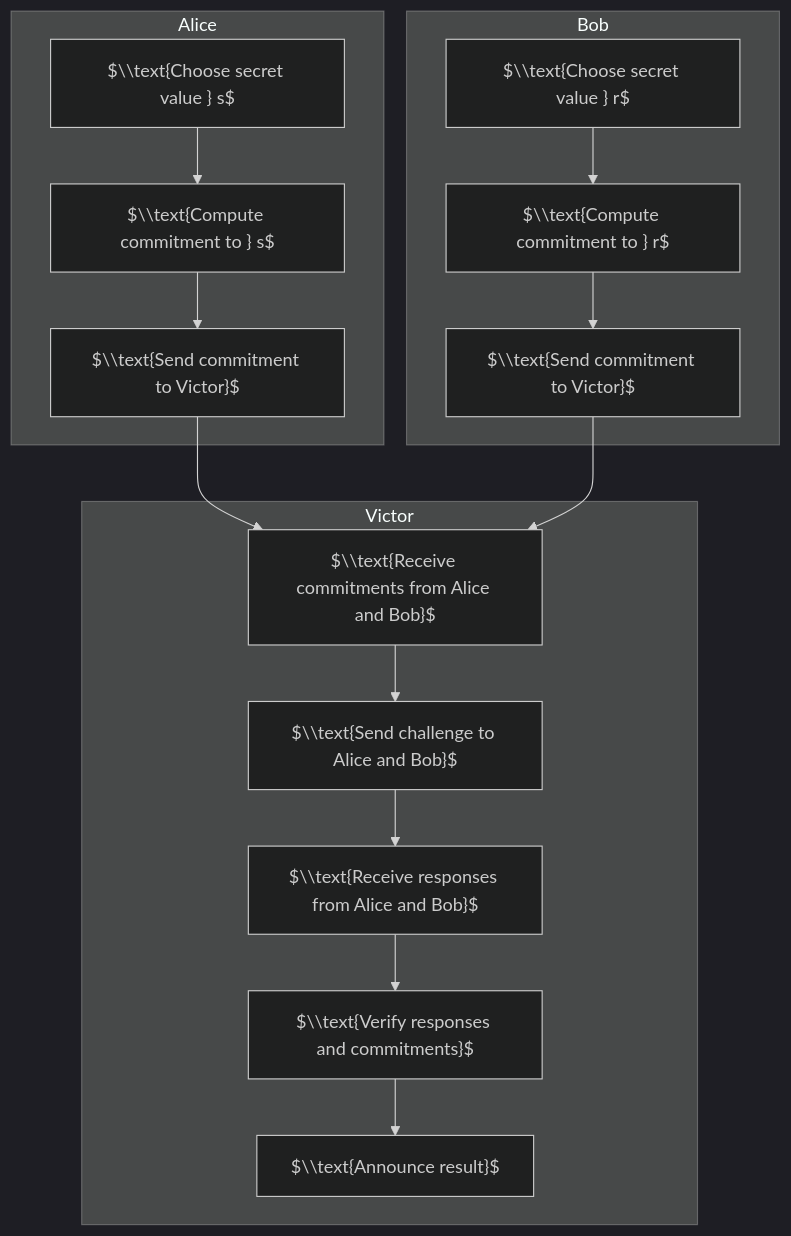
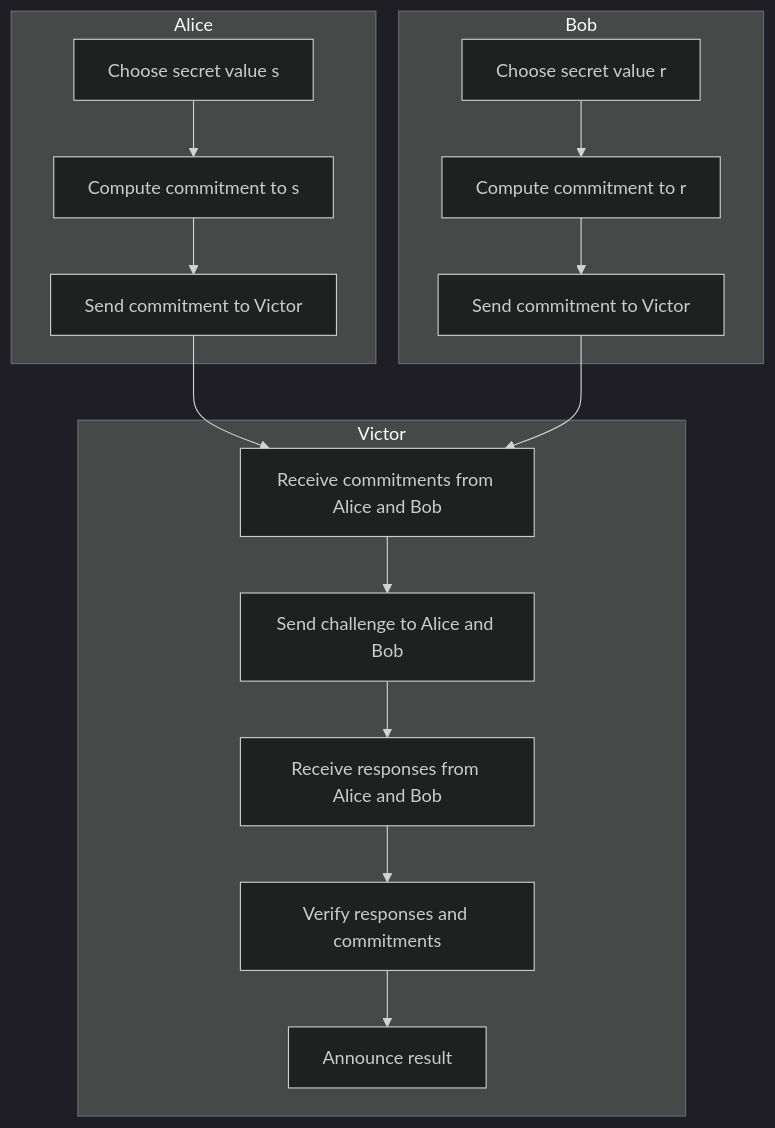
Before and after one commit to eni6ma/Fundamental-Cryptography: the first of 8 diagrams in Flow.md, drawn with Mermaid (dark theme).

````diff
--- a/Flow.md
+++ b/Flow.md
@@ -4,32 +4,31 @@
 ```mermaid
 graph TD
     subgraph Alice
-        A["$\\text{Choose secret value } s$"]
-        B["$\\text{Compute commitment to } s$"]
-        C["$\\text{Send commitment to Victor}$"]
+        A[Choose secret value s]
+        B[Compute commitment to s]
+        C[Send commitment to Victor]
     end
     subgraph Bob
-        D["$\\text{Choose secret value } r$"]
-        E["$\\text{Compute commitment to } r$"]
-        F["$\\text{Send commitment to Victor}$"]
+        D[Choose secret value r]
+        E[Compute commitment to r]
+        F[Send commitment to Victor]
     end
     subgraph Victor
-        G["$\\text{Receive commitments from Alice and Bob}$"]
-        H["$\\text{Send challenge to Alice and Bob}$"]
-        I["$\\text{Receive responses from Alice and Bob}$"]
-        J["$\\text{Verify responses and commitments}$"]
-        K["$\\text{Announce result}$"]
+        G[Receive commitments from Alice and Bob]
+        H[Send challenge to Alice and Bob]
+        I[Receive responses from Alice and Bob]
+        J[Verify responses and commitments]
+        K[Announce result]
     end
     A --> B
     B --> C
     D --> E
     E --> F
     C --> G
     F --> G
     G --> H
     H --> I
     I --> J
     J --> K
 
-
 ``` 
````
